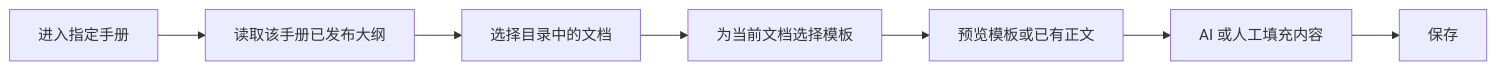
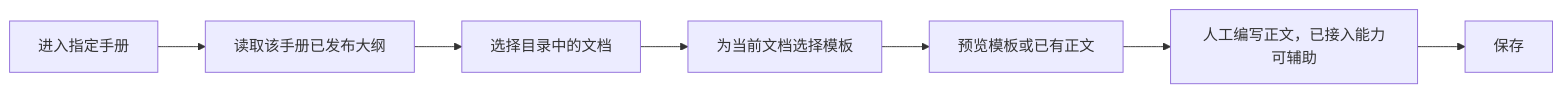
Before and after one commit to heyyang0210/kb-builder: the first of 9 diagrams in .codex/知识中心建设平台/03-详细设计/知识中心-文档生产-手册级文档生成页面-前端详细设计文档.md, drawn with Mermaid. The commit also changed other lines of this file and 69 other files, not shown here.

````diff
--- a/.codex/知识中心建设平台/03-详细设计/知识中心-文档生产-手册级文档生成页面-前端详细设计文档.md
+++ b/.codex/知识中心建设平台/03-详细设计/知识中心-文档生产-手册级文档生成页面-前端详细设计文档.md
@@ -34,9 +36,9 @@
 ```mermaid
 flowchart LR
     A[进入指定手册] --> B[读取该手册已发布大纲]
     B --> C[选择目录中的文档]
     C --> D[为当前文档选择模板]
     D --> E[预览模板或已有正文]
-    E --> F[AI 或人工填充内容]
+    E --> F[人工编写正文，已接入能力可辅助]
     F --> G[保存]
 ```
````
